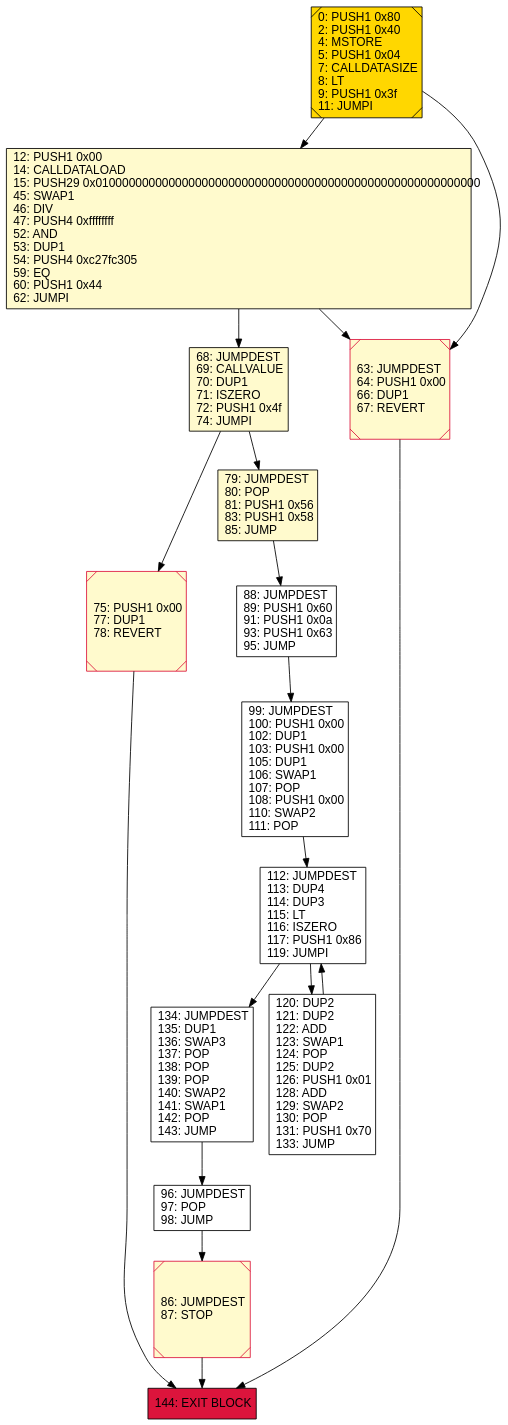
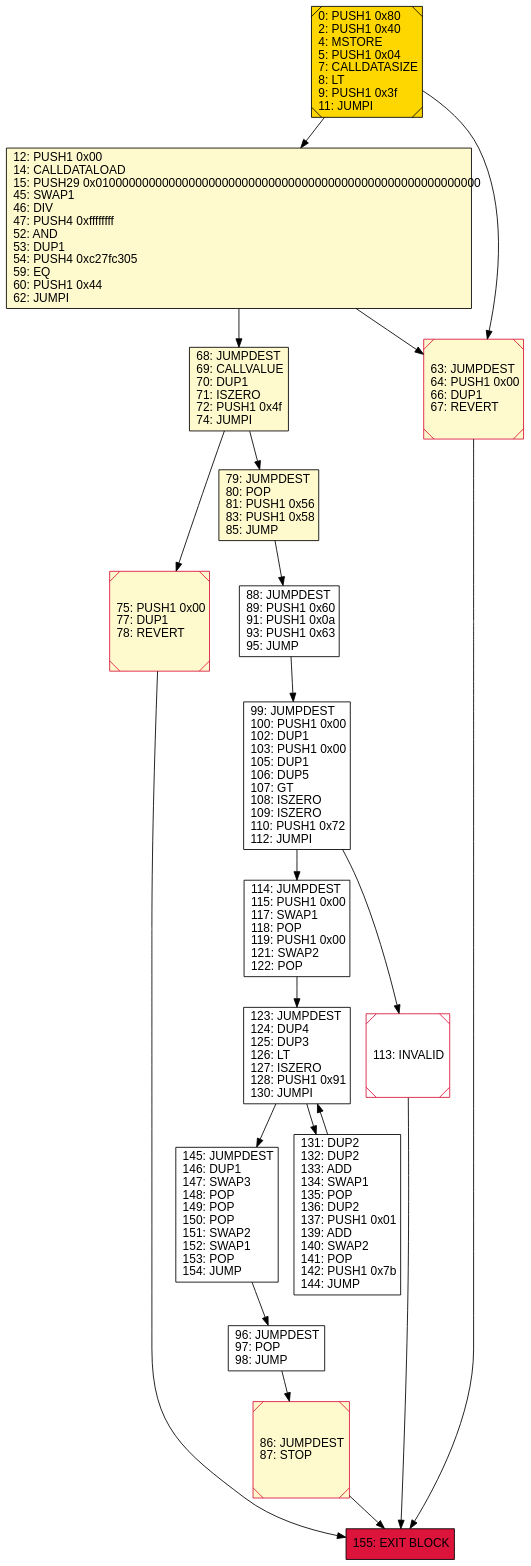
Before and after one commit to Michael-LiangAnze/iEvmOpt: the diagram in iEvmOpt/Cfg/CfgOutput/test1_cfg.gv, drawn with Graphviz. The commit also changed 31 other files, not shown here.

```diff
--- a/iEvmOpt/Cfg/CfgOutput/test1_cfg.gv
+++ b/iEvmOpt/Cfg/CfgOutput/test1_cfg.gv
@@ -1,35 +1,40 @@
 digraph G {
 bgcolor=transparent rankdir=UD;
 node [shape=box style=filled color=black fillcolor=white fontname=arial fontcolor=black];
-99 [label="99: JUMPDEST\l100: PUSH1 0x00\l102: DUP1\l103: PUSH1 0x00\l105: DUP1\l106: SWAP1\l107: POP\l108: PUSH1 0x00\l110: SWAP2\l111: POP\l" ];
+114 [label="114: JUMPDEST\l115: PUSH1 0x00\l117: SWAP1\l118: POP\l119: PUSH1 0x00\l121: SWAP2\l122: POP\l" ];
+123 [label="123: JUMPDEST\l124: DUP4\l125: DUP3\l126: LT\l127: ISZERO\l128: PUSH1 0x91\l130: JUMPI\l" ];
 86 [label="86: JUMPDEST\l87: STOP\l" fillcolor=lemonchiffon shape=Msquare color=crimson ];
 68 [label="68: JUMPDEST\l69: CALLVALUE\l70: DUP1\l71: ISZERO\l72: PUSH1 0x4f\l74: JUMPI\l" fillcolor=lemonchiffon ];
 96 [label="96: JUMPDEST\l97: POP\l98: JUMP\l" ];
 12 [label="12: PUSH1 0x00\l14: CALLDATALOAD\l15: PUSH29 0x0100000000000000000000000000000000000000000000000000000000\l45: SWAP1\l46: DIV\l47: PUSH4 0xffffffff\l52: AND\l53: DUP1\l54: PUSH4 0xc27fc305\l59: EQ\l60: PUSH1 0x44\l62: JUMPI\l" fillcolor=lemonchiffon ];
 75 [label="75: PUSH1 0x00\l77: DUP1\l78: REVERT\l" fillcolor=lemonchiffon shape=Msquare color=crimson ];
-134 [label="134: JUMPDEST\l135: DUP1\l136: SWAP3\l137: POP\l138: POP\l139: POP\l140: SWAP2\l141: SWAP1\l142: POP\l143: JUMP\l" ];
 88 [label="88: JUMPDEST\l89: PUSH1 0x60\l91: PUSH1 0x0a\l93: PUSH1 0x63\l95: JUMP\l" ];
-112 [label="112: JUMPDEST\l113: DUP4\l114: DUP3\l115: LT\l116: ISZERO\l117: PUSH1 0x86\l119: JUMPI\l" ];
 79 [label="79: JUMPDEST\l80: POP\l81: PUSH1 0x56\l83: PUSH1 0x58\l85: JUMP\l" fillcolor=lemonchiffon ];
+113 [label="113: INVALID\l" shape=Msquare color=crimson ];
 0 [label="0: PUSH1 0x80\l2: PUSH1 0x40\l4: MSTORE\l5: PUSH1 0x04\l7: CALLDATASIZE\l8: LT\l9: PUSH1 0x3f\l11: JUMPI\l" fillcolor=lemonchiffon shape=Msquare fillcolor=gold ];
-144 [label="144: EXIT BLOCK\l" fillcolor=crimson ];
-120 [label="120: DUP2\l121: DUP2\l122: ADD\l123: SWAP1\l124: POP\l125: DUP2\l126: PUSH1 0x01\l128: ADD\l129: SWAP2\l130: POP\l131: PUSH1 0x70\l133: JUMP\l" ];
+99 [label="99: JUMPDEST\l100: PUSH1 0x00\l102: DUP1\l103: PUSH1 0x00\l105: DUP1\l106: DUP5\l107: GT\l108: ISZERO\l109: ISZERO\l110: PUSH1 0x72\l112: JUMPI\l" ];
 63 [label="63: JUMPDEST\l64: PUSH1 0x00\l66: DUP1\l67: REVERT\l" fillcolor=lemonchiffon shape=Msquare color=crimson ];
+155 [label="155: EXIT BLOCK\l" fillcolor=crimson ];
+145 [label="145: JUMPDEST\l146: DUP1\l147: SWAP3\l148: POP\l149: POP\l150: POP\l151: SWAP2\l152: SWAP1\l153: POP\l154: JUMP\l" ];
+131 [label="131: DUP2\l132: DUP2\l133: ADD\l134: SWAP1\l135: POP\l136: DUP2\l137: PUSH1 0x01\l139: ADD\l140: SWAP2\l141: POP\l142: PUSH1 0x7b\l144: JUMP\l" ];
+114 -> 123;
+63 -> 155;
 79 -> 88;
 96 -> 86;
-112 -> 134;
 0 -> 63;
-63 -> 144;
 68 -> 79;
 12 -> 68;
+68 -> 75;
+75 -> 155;
+12 -> 63;
+99 -> 114;
+113 -> 155;
+0 -> 12;
+86 -> 155;
 88 -> 99;
-99 -> 112;
-134 -> 96;
-68 -> 75;
-12 -> 63;
-86 -> 144;
-0 -> 12;
-112 -> 120;
-120 -> 112;
-75 -> 144;
+145 -> 96;
+99 -> 113;
+123 -> 145;
+123 -> 131;
+131 -> 123;
 }
```
